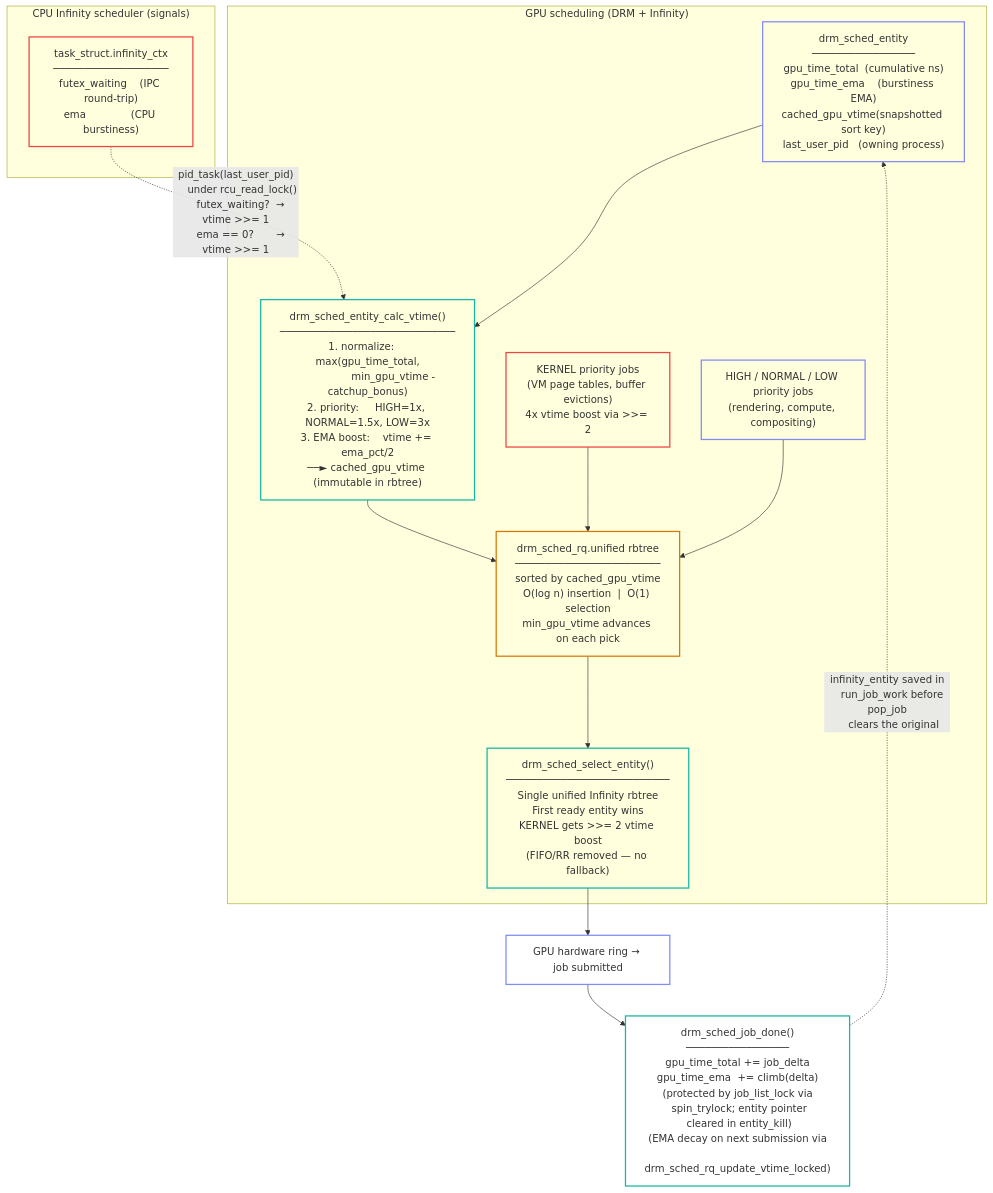
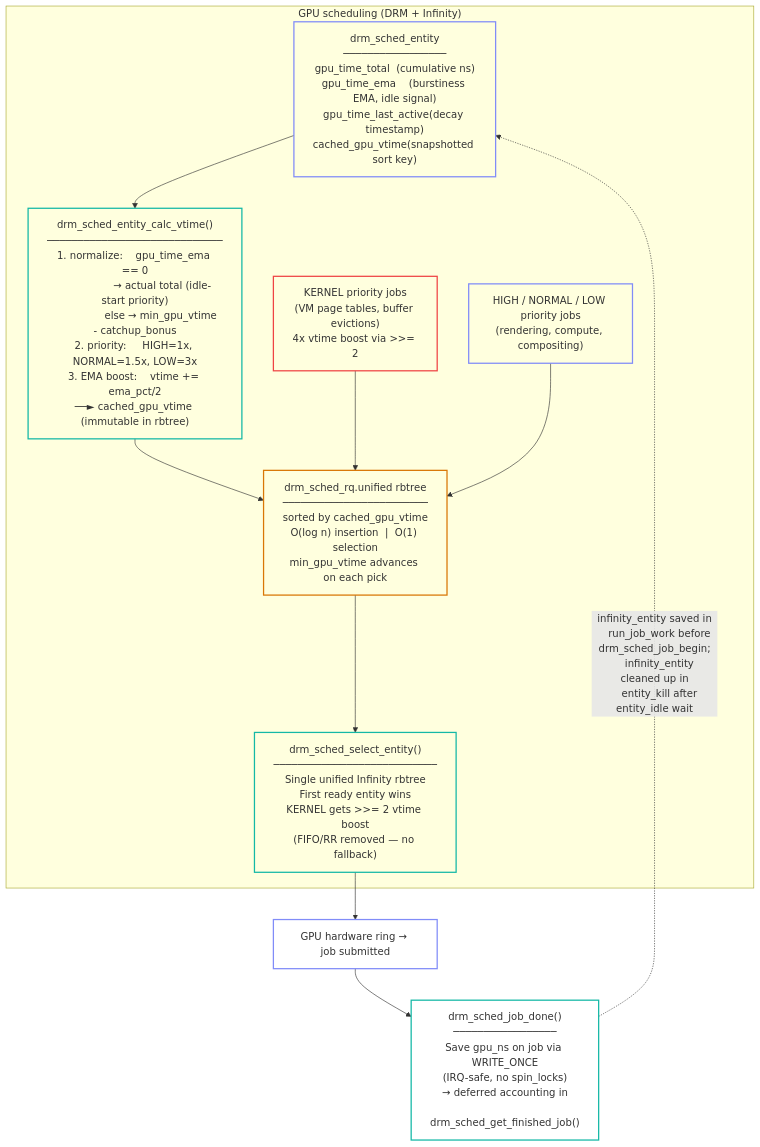
One commit to galpt/infinity-scheduler changed the second of 2 diagrams in README.md. Above: the diagram before and after it, drawn with Mermaid. The commit also changed other lines of this file, not shown here.

First line of the commit message:
README: update for v4.6-gpu latest: EMA-idle-start, 5-patch series, fixed stats

````diff
--- a/README.md
+++ b/README.md
@@ -162,15 +164,16 @@
         ENTITY["drm_sched_entity
 ─────────────────
 gpu_time_total  (cumulative ns)
-gpu_time_ema    (burstiness EMA)
-cached_gpu_vtime(snapshotted sort key)
-last_user_pid   (owning process)"]
+gpu_time_ema    (burstiness EMA, idle signal)
+gpu_time_last_active(decay timestamp)
+cached_gpu_vtime(snapshotted sort key)"]
         class ENTITY ent
 
         ENTITY --> VTIME["drm_sched_entity_calc_vtime()
 ─────────────────────────────
-1. normalize:    max(gpu_time_total,
-                 min_gpu_vtime - catchup_bonus)
+1. normalize:    gpu_time_ema == 0
+                 → actual total (idle-start priority)
+                 else → min_gpu_vtime - catchup_bonus
 2. priority:     HIGH=1x, NORMAL=1.5x, LOW=3x
 3. EMA boost:    vtime += ema_pct/2
 ──► cached_gpu_vtime (immutable in rbtree)"]
@@ -205,34 +208,19 @@
         QUEUE --> SELECT
     end
 
-    subgraph CPU["CPU Infinity scheduler (signals)"]
-        TASK["task_struct.infinity_ctx
-───────────────────
-futex_waiting    (IPC round-trip)
-ema              (CPU burstiness)"]
-        class TASK sig
-    end
-
-    TASK -. "pid_task(last_user_pid)
-    under rcu_read_lock()
-    futex_waiting?  → vtime >>= 1
-    ema == 0?       → vtime >>= 1" .-> VTIME
-
     SELECT --> HW["GPU hardware ring → job submitted"]
     class HW ent
 
     HW --> DONE["drm_sched_job_done()
 ─────────────────
-gpu_time_total += job_delta
-gpu_time_ema  += climb(delta)
-(protected by job_list_lock via
- spin_trylock; entity pointer
- cleared in entity_kill)
-(EMA decay on next submission via
- drm_sched_rq_update_vtime_locked)"]
+Save gpu_ns on job via WRITE_ONCE
+(IRQ-safe, no spin_locks)
+→ deferred accounting in
+  drm_sched_get_finished_job()"]
     class DONE algo
 
     DONE -. "infinity_entity saved in
-    run_job_work before pop_job
-    clears the original" .-> ENTITY
+    run_job_work before drm_sched_job_begin;
+    infinity_entity cleaned up in
+    entity_kill after entity_idle wait" .-> ENTITY
 ```
````
